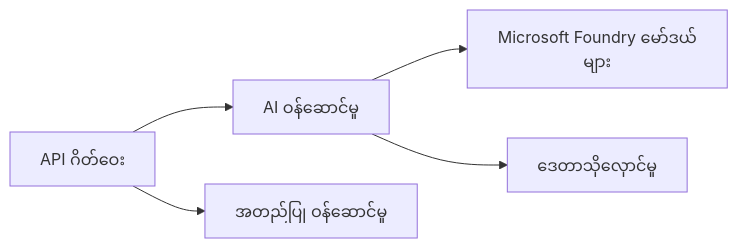
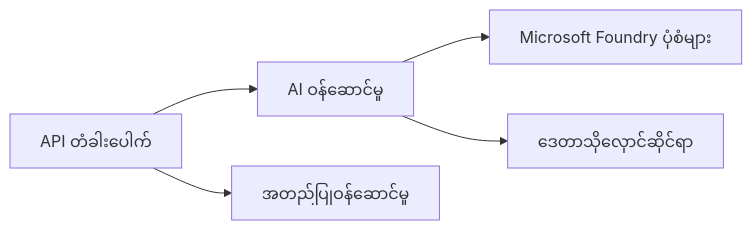
The first of 2 diagrams in translations/my/docs/chapter-08-production/README.md (microsoft/AZD-for-beginners), drawn with Mermaid before and after one commit. The commit also changed other lines of this file and 59 other files, not shown here.

````diff
--- a/translations/my/docs/chapter-08-production/README.md
+++ b/translations/my/docs/chapter-08-production/README.md
@@ -48,6 +48,6 @@
 ```mermaid
 graph LR
-    Gateway[API ဂိတ်ဝေး] --> AI[AI ဝန်ဆောင်မှု] --> Models[Microsoft Foundry မော်ဒယ်များ]
-    Gateway --> Auth[အတည်ပြု ဝန်ဆောင်မှု]
-    AI --> Data[ဒေတာသိုလှောင်မှု]
+    Gateway[API တံခါးပေါက်] --> AI[AI ဝန်ဆောင်မှု] --> Models[Microsoft Foundry ပုံစံများ]
+    Gateway --> Auth[အတည်ပြုဝန်ဆောင်မှု]
+    AI --> Data[ဒေတာသိုလှောင်ဆိုင်ရာ]
 ```
````
